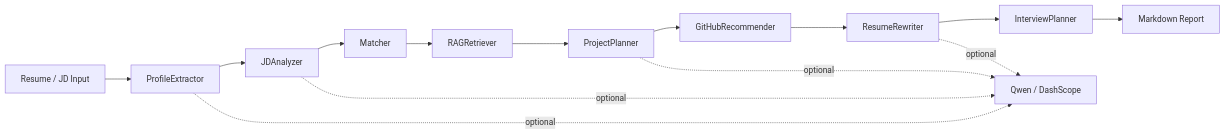
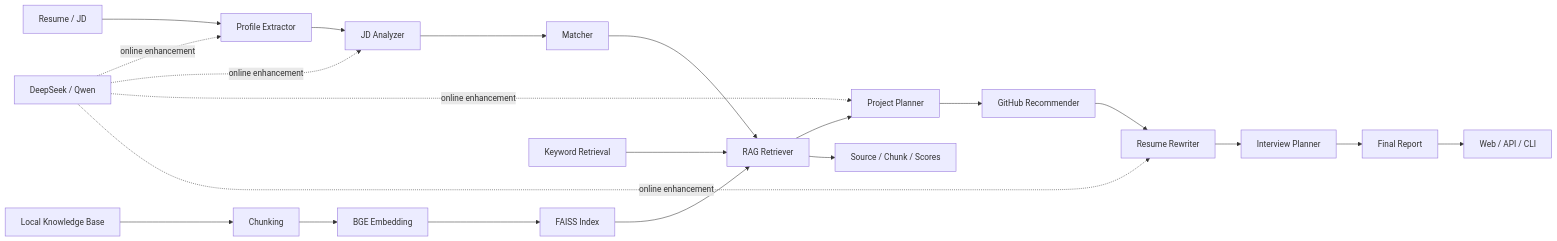
Before and after one commit to veipross/CareerPilot-LangGraph: the diagram in README.md, drawn with Mermaid. The commit also changed other lines of this file and 2 other files, not shown here.

Commit message:
Polish README with architecture RAG metrics and usage guide

````diff
--- a/README.md
+++ b/README.md
@@ -17,17 +39,26 @@
 ```mermaid
 flowchart LR
-    A[Resume / JD Input] --> B[ProfileExtractor]
-    B --> C[JDAnalyzer]
-    C --> D[Matcher]
-    D --> E[RAGRetriever]
-    E --> F[ProjectPlanner]
-    F --> G[GitHubRecommender]
-    G --> H[ResumeRewriter]
-    H --> I[InterviewPlanner]
-    I --> J[Markdown Report]
+    U[Resume / JD] --> P[Profile Extractor]
+    P --> J[JD Analyzer]
+    J --> M[Matcher]
+    M --> R[RAG Retriever]
+    R --> PP[Project Planner]
+    PP --> G[GitHub Recommender]
+    G --> RW[Resume Rewriter]
+    RW --> I[Interview Planner]
+    I --> F[Final Report]
 
-    B -. optional .-> Q[Qwen / DashScope]
-    C -. optional .-> Q
-    F -. optional .-> Q
-    H -. optional .-> Q
+    LLM[DeepSeek / Qwen] -. online enhancement .-> P
+    LLM -. online enhancement .-> J
+    LLM -. online enhancement .-> PP
+    LLM -. online enhancement .-> RW
+
+    KB[Local Knowledge Base] --> C[Chunking]
+    C --> E[BGE Embedding]
+    E --> V[FAISS Index]
+    V --> R
+    K[Keyword Retrieval] --> R
+
+    R --> O[Source / Chunk / Scores]
+    F --> W[Web / API / CLI]
 ```
````
